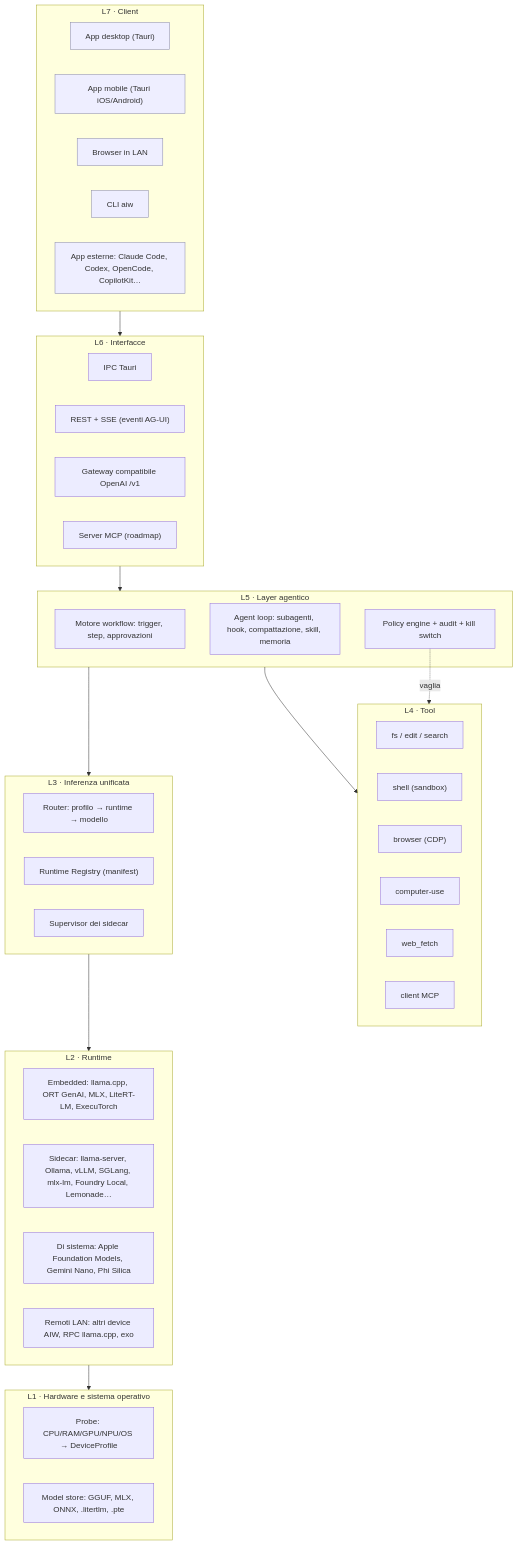
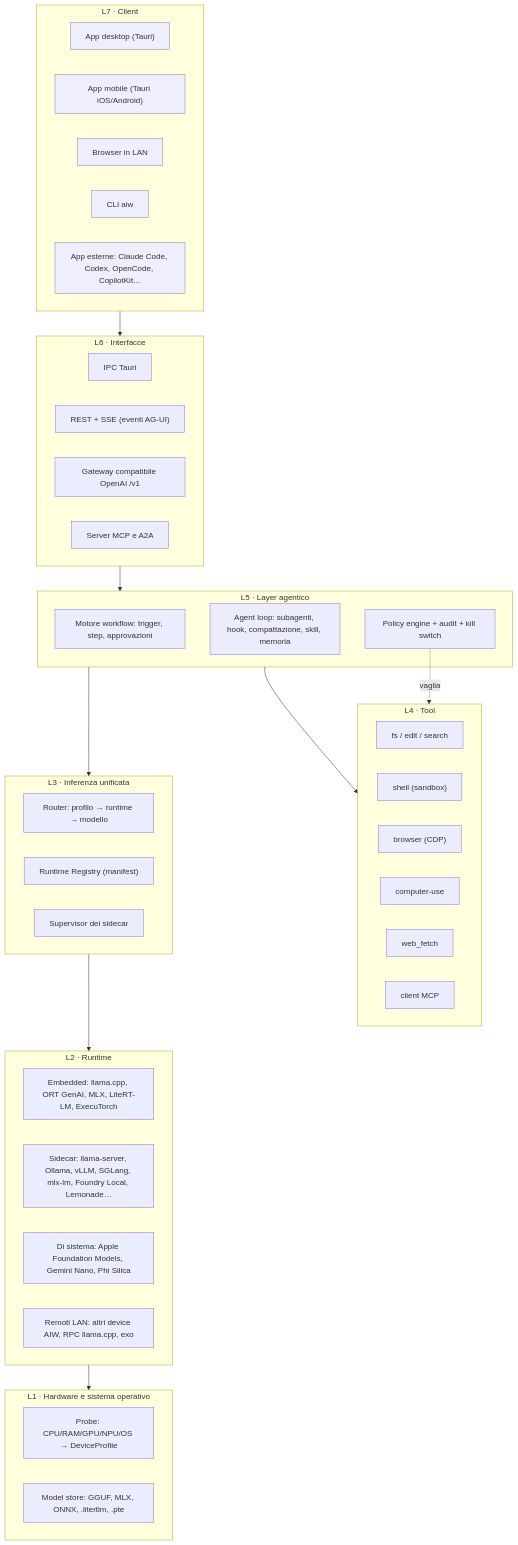
Before and after one commit to davides93/ai-workspace-local: the first of 3 diagrams in docs/architecture/ARCHITECTURE.md, drawn with Mermaid. The commit also changed other lines of this file and 8 other files, not shown here.

````diff
--- a/docs/architecture/ARCHITECTURE.md
+++ b/docs/architecture/ARCHITECTURE.md
@@ -21,48 +21,48 @@
 ```mermaid
 flowchart TB
   subgraph Clients["L7 · Client"]
     UIdesk["App desktop (Tauri)"]:::c
     UImob["App mobile (Tauri iOS/Android)"]:::c
     Web["Browser in LAN"]:::c
     CLI["CLI aiw"]:::c
     Ext["App esterne: Claude Code, Codex, OpenCode, CopilotKit…"]:::c
   end
   subgraph API["L6 · Interfacce"]
     IPC["IPC Tauri"]
     HTTP["REST + SSE (eventi AG-UI)"]
     GW["Gateway compatibile OpenAI /v1"]
-    MCPS["Server MCP (roadmap)"]
+    MCPS["Server MCP e A2A"]
   end
   subgraph Agentic["L5 · Layer agentico"]
     WF["Motore workflow: trigger, step, approvazioni"]
     AG["Agent loop: subagenti, hook, compattazione, skill, memoria"]
     POL["Policy engine + audit + kill switch"]
   end
   subgraph Tools["L4 · Tool"]
     FS["fs / edit / search"]
     SH["shell (sandbox)"]
     BR["browser (CDP)"]
     CU["computer-use"]
     WEB["web_fetch"]
     MCPC["client MCP"]
   end
   subgraph Infer["L3 · Inferenza unificata"]
     ROUTER["Router: profilo → runtime → modello"]
     REG["Runtime Registry (manifest)"]
     SUP["Supervisor dei sidecar"]
   end
   subgraph Runtimes["L2 · Runtime"]
     EMB["Embedded: llama.cpp, ORT GenAI, MLX, LiteRT-LM, ExecuTorch"]
     SIDE["Sidecar: llama-server, Ollama, vLLM, SGLang, mlx-lm, Foundry Local, Lemonade…"]
     SYS["Di sistema: Apple Foundation Models, Gemini Nano, Phi Silica"]
     LAN["Remoti LAN: altri device AIW, RPC llama.cpp, exo"]
   end
   subgraph HW["L1 · Hardware e sistema operativo"]
     PROBE["Probe: CPU/RAM/GPU/NPU/OS → DeviceProfile"]
     MODELS["Model store: GGUF, MLX, ONNX, .litertlm, .pte"]
   end
   Clients --> API --> Agentic --> Tools
   Agentic --> Infer --> Runtimes --> HW
   POL -. vaglia .-> Tools
   classDef c fill:#eef,stroke:#88a
 ```
````
